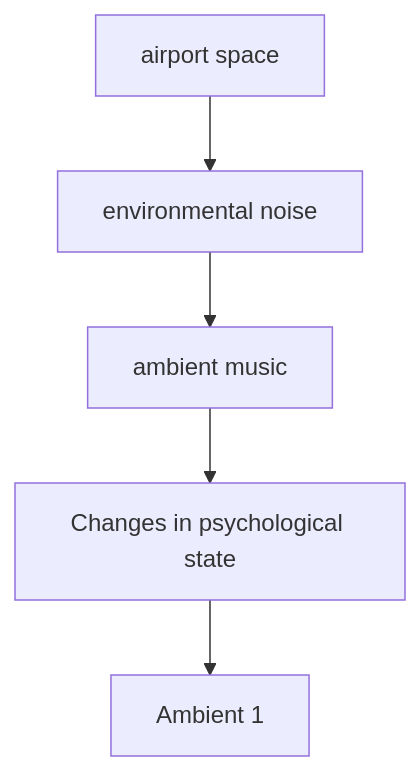
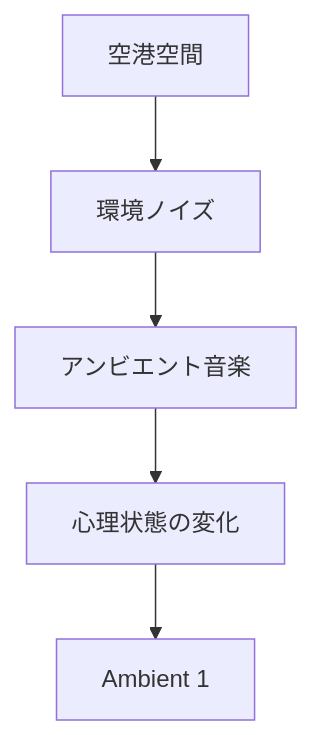
Before and after one commit to monumental-movement/monumental-movement.github.io: the sixth of 11 diagrams in en/_posts/2026-07-01-column-influential-album-03.md, drawn with Mermaid. The commit also changed other lines of this file and 2196 other files, not shown here.

```diff
--- a/en/_posts/2026-07-01-column-influential-album-03.md
+++ b/en/_posts/2026-07-01-column-influential-album-03.md
@@ -617,11 +615,11 @@
 <div class="mermaid">
 flowchart TD
-A[airport space]
-B[environmental noise]
-C[ambient music]
-D[Changes in psychological state]
+A[空港空間]
+B[環境ノイズ]
+C[アンビエント音楽]
+D[心理状態の変化]
 E[Ambient 1]
 
 A --> B --> C --> D --> E
 
 </div>
```
